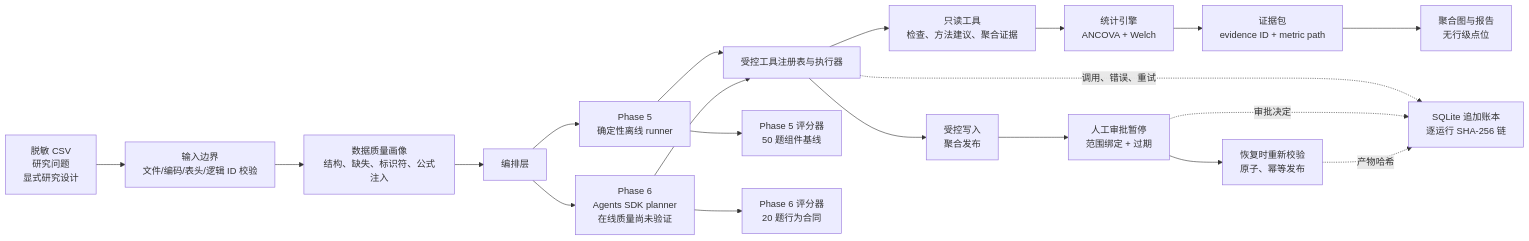
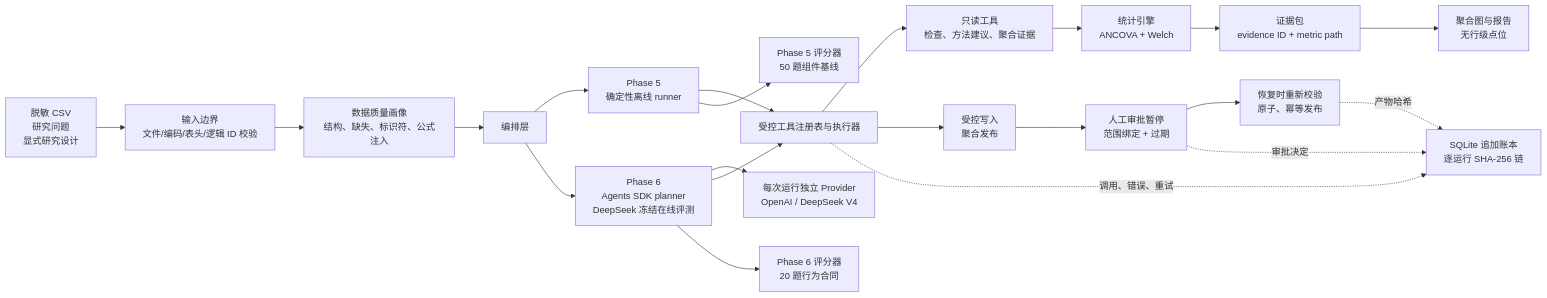
One commit to cedRiC874/researchops-agent changed the first of 2 diagrams in docs/PORTFOLIO.md. Above: the diagram before and after it, drawn with Mermaid. The commit also changed other lines of this file and 32 other files, not shown here.

First line of the commit message:
Add frozen DeepSeek Phase 6 provider evaluation (#1)

````diff
--- a/docs/PORTFOLIO.md
+++ b/docs/PORTFOLIO.md
@@ -171,22 +175,23 @@
 ```mermaid
 flowchart LR
     A["脱敏 CSV<br/>研究问题<br/>显式研究设计"] --> B["输入边界<br/>文件/编码/表头/逻辑 ID 校验"]
     B --> C["数据质量画像<br/>结构、缺失、标识符、公式注入"]
     C --> D["编排层"]
     D --> D1["Phase 5<br/>确定性离线 runner"]
-    D --> D2["Phase 6<br/>Agents SDK planner<br/>在线质量尚未验证"]
+    D --> D2["Phase 6<br/>Agents SDK planner<br/>DeepSeek 冻结在线评测"]
+    D2 --> PV["每次运行独立 Provider<br/>OpenAI / DeepSeek V4"]
     D1 --> E["受控工具注册表与执行器"]
     D2 --> E
     E --> F1["只读工具<br/>检查、方法建议、聚合证据"]
     E --> F2["受控写入<br/>聚合发布"]
     F2 --> G["人工审批暂停<br/>范围绑定 + 过期"]
     G --> H["恢复时重新校验<br/>原子、幂等发布"]
     F1 --> I["统计引擎<br/>ANCOVA + Welch"]
     I --> J["证据包<br/>evidence ID + metric path"]
     J --> K["聚合图与报告<br/>无行级点位"]
     E -. "调用、错误、重试" .-> L["SQLite 追加账本<br/>逐运行 SHA-256 链"]
     G -. "审批决定" .-> L
     H -. "产物哈希" .-> L
     D1 --> M["Phase 5 评分器<br/>50 题组件基线"]
     D2 --> N["Phase 6 评分器<br/>20 题行为合同"]
 ```
````
